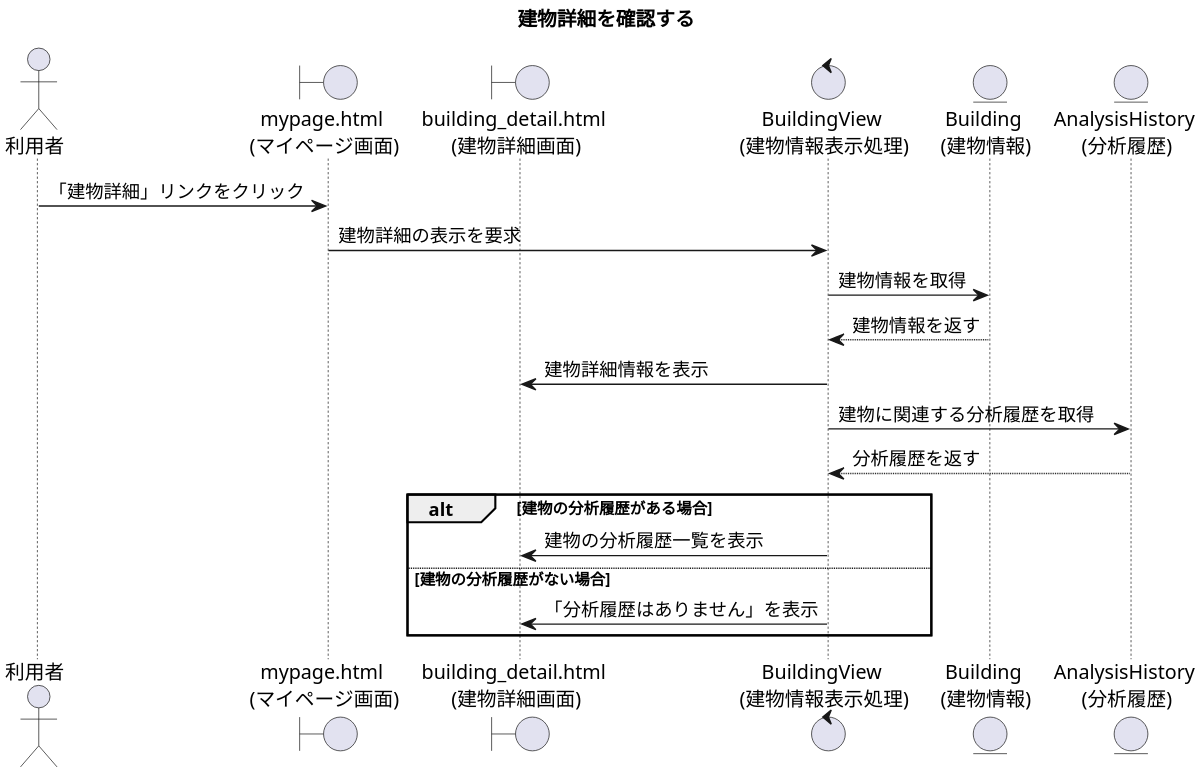
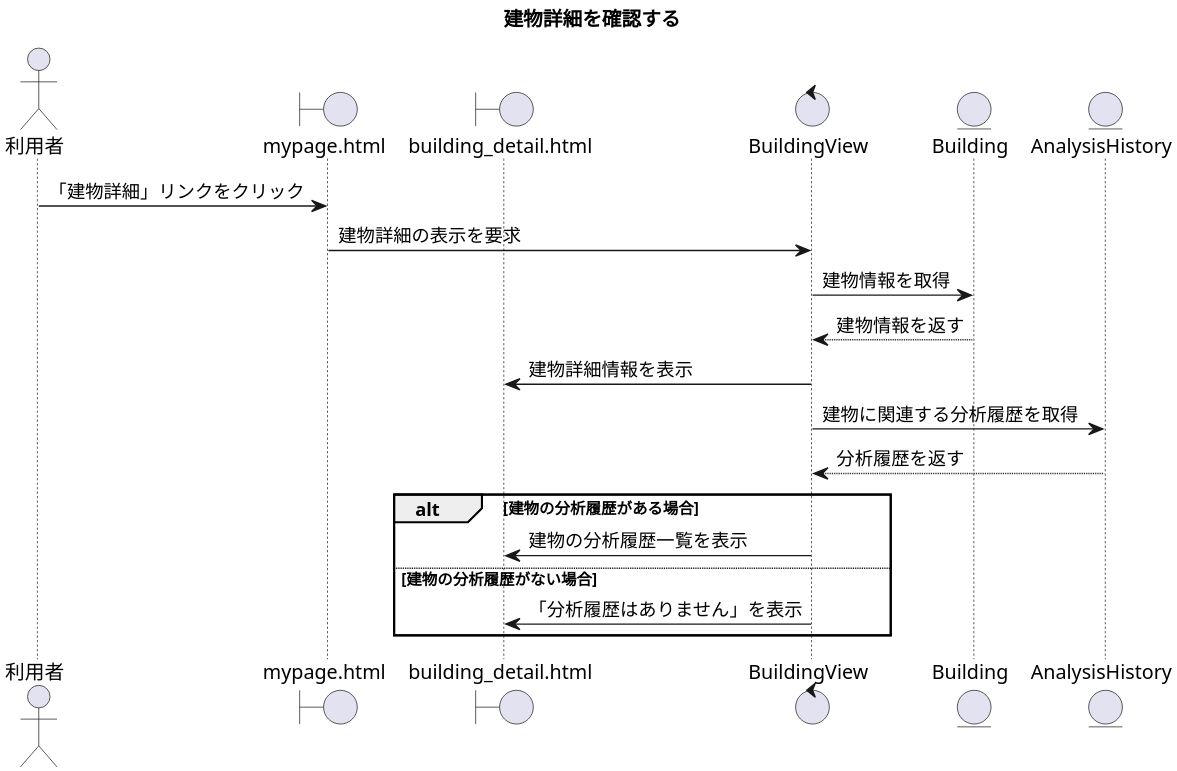
Before and after one commit to Kotarou-Tanoue/tanouesoftware: diagram 12 of 17 in 20_システム設計書/図24_シーケンス.puml, drawn with PlantUML. The commit also changed other lines of this file and 4 other files, not shown here.

```diff
--- a/20_システム設計書/図24_シーケンス.puml
+++ b/20_システム設計書/図24_シーケンス.puml
@@ -665,29 +665,29 @@
 @startuml 建物詳細を確認する
     title 建物詳細を確認する
     skinparam dpi 300
 
     actor "利用者" as u
-    boundary "mypage.html \n(マイページ画面)" as mp
-    boundary "building_detail.html \n(建物詳細画面)" as bd
-    control "BuildingView \n(建物情報表示処理)" as bv
-    entity "Building \n(建物情報)" as b
-    entity "AnalysisHistory \n(分析履歴)" as ah
+    boundary "mypage.html" as mp
+    boundary "building_detail.html" as bd
+    control "BuildingView" as bv
+    entity "Building" as b
+    entity "AnalysisHistory" as ah
 
     u -> mp : 「建物詳細」リンクをクリック
     mp -> bv : 建物詳細の表示を要求
 
     bv -> b : 建物情報を取得
     b --> bv : 建物情報を返す
 
     bv -> bd : 建物詳細情報を表示
 
     bv -> ah : 建物に関連する分析履歴を取得
     ah --> bv : 分析履歴を返す
 
     alt 建物の分析履歴がある場合
         bv -> bd : 建物の分析履歴一覧を表示
     else 建物の分析履歴がない場合
         bv -> bd : 「分析履歴はありません」を表示
     end
 
 @enduml
```
